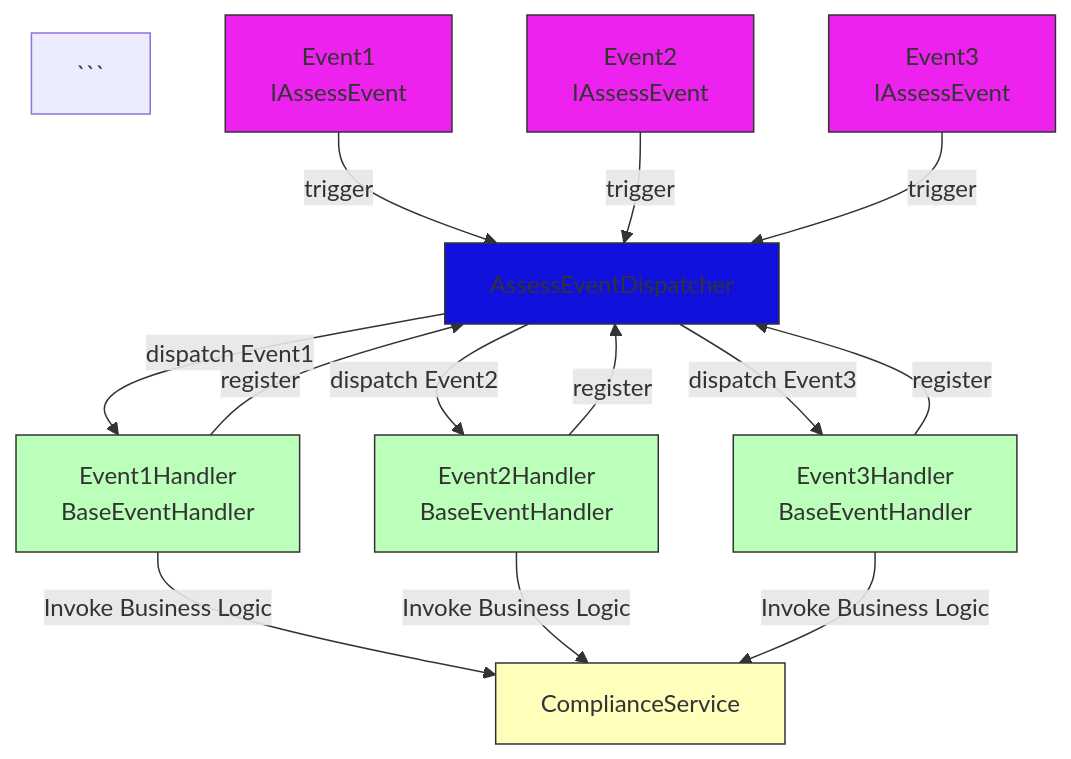
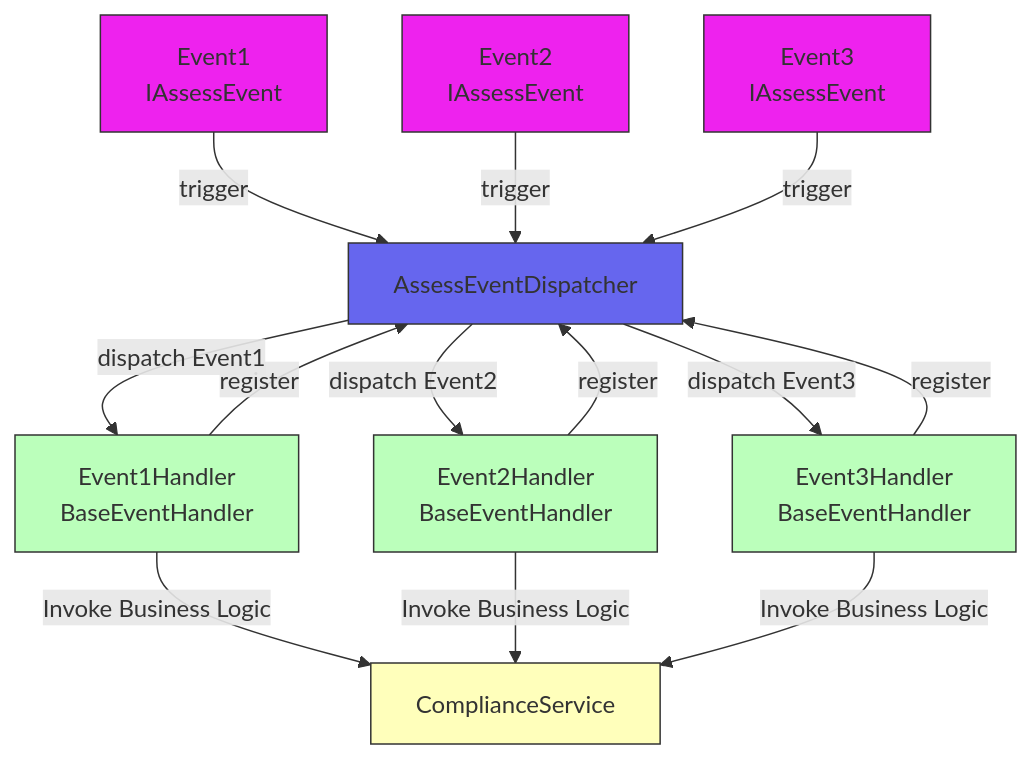
One commit to oninebx/blog changed the first of 2 diagrams in _posts/2025-10-15-decoupling-by-design-implementing-an-assessment-mechanism-with-events.md. Above: the diagram before and after it, drawn with Mermaid. The commit also changed other lines of this file, not shown here.

Commit message:
Complete 2025-10-15-decoupling-by-design-implementing-an-assessment-mechanism-with-event

````diff
--- a/_posts/2025-10-15-decoupling-by-design-implementing-an-assessment-mechanism-with-events.md
+++ b/_posts/2025-10-15-decoupling-by-design-implementing-an-assessment-mechanism-with-events.md
@@ -35,37 +35,35 @@
 <div class="mermaid">
 graph TD
 
-```
 %% Events
 Event1[Event1<br/>IAssessEvent] -->|trigger| Dispatcher[AssessEventDispatcher]
 Event2[Event2<br/>IAssessEvent] -->|trigger| Dispatcher[AssessEventDispatcher]
 Event3[Event3<br/>IAssessEvent] -->|trigger| Dispatcher[AssessEventDispatcher]
 
 %% Handlers
 Handler1[Event1Handler<br/>BaseEventHandler&lt;Event1&gt;] -->|register| Dispatcher
 Handler2[Event2Handler<br/>BaseEventHandler&lt;Event2&gt;] -->|register| Dispatcher
 Handler3[Event3Handler<br/>BaseEventHandler&lt;Event3&gt;] -->|register| Dispatcher
 
 %% Dispatcher dispatches to handlers
 Dispatcher -->|dispatch Event1| Handler1
 Dispatcher -->|dispatch Event2| Handler2
 Dispatcher -->|dispatch Event3| Handler3
 
 
 %% Handlers call service
 Handler1 -->|Invoke Business Logic| Service[ComplianceService]
 Handler2 -->|Invoke Business Logic| Service
 Handler3 -->|Invoke Business Logic| Service
 
 classDef eventStyle fill:#e2e,stroke:#333,stroke-width:1px;
-classDef dispatcherStyle fill:#11d,stroke:#333,stroke-width:1px;
+classDef dispatcherStyle fill:#66e,stroke:#333,stroke-width:1px;
 classDef handlerStyle fill:#bfb,stroke:#333,stroke-width:1px;
 classDef serviceStyle fill:#ffb,stroke:#333,stroke-width:1px;
 
 class Event1,Event2,Event3 eventStyle
 class Dispatcher dispatcherStyle
 class Handler1,Handler2,Handler3 handlerStyle
 class Service serviceStyle
-```
 
 </div>
````
